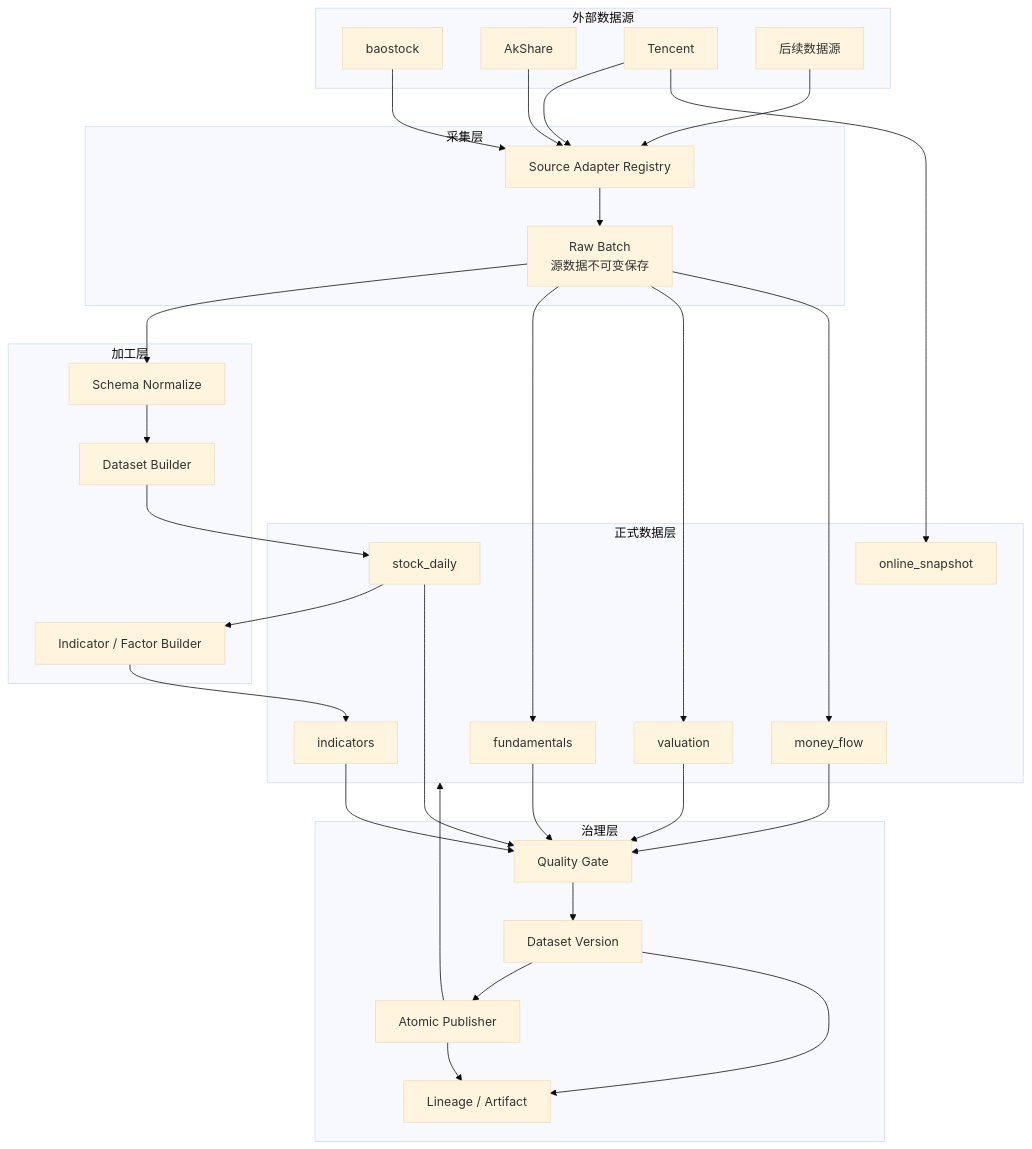
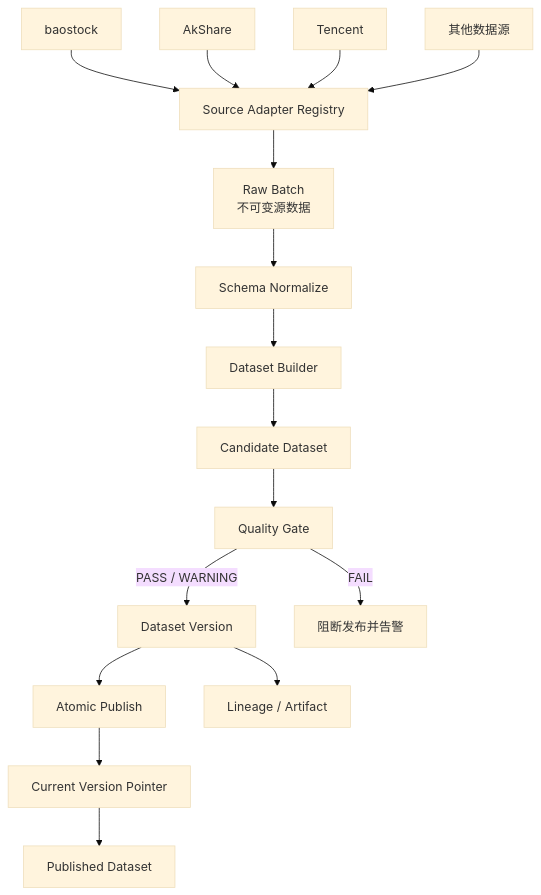
One commit to fewhg3yhjt/stock-data-analyse changed the fourth of 10 diagrams in docs/TARGET_ARCHITECTURE.md. Above: the diagram before and after it, drawn with Mermaid (base theme). The commit also changed other lines of this file and 1 other file, not shown here.

Commit message:
docs: reset target architecture for new project

````diff
--- a/docs/TARGET_ARCHITECTURE.md
+++ b/docs/TARGET_ARCHITECTURE.md
@@ -219,51 +295,18 @@
 ```mermaid
 flowchart TB
-    subgraph Sources[外部数据源]
-        BS[baostock]
-        AK[AkShare]
-        TX[Tencent]
-        OTHER[后续数据源]
-    end
-    subgraph Capture[采集层]
-        ADAPTER[Source Adapter Registry]
-        RAW[Raw Batch\n源数据不可变保存]
-    end
-    subgraph Transform[加工层]
-        NORMALIZE[Schema Normalize]
-        BUILD[Dataset Builder]
-        FACTOR[Indicator / Factor Builder]
-    end
-    subgraph Governance[治理层]
-        QUALITY[Quality Gate]
-        VERSION[Dataset Version]
-        PUBLISH[Atomic Publisher]
-        LINEAGE[Lineage / Artifact]
-    end
-    subgraph Published[正式数据层]
-        DAILY[stock_daily]
-        FUND[fundamentals]
-        VAL[valuation]
-        IND[indicators]
-        FLOW[money_flow]
-        ONLINE[online_snapshot]
-    end
-    BS --> ADAPTER
-    AK --> ADAPTER
-    TX --> ADAPTER
-    OTHER --> ADAPTER
-    ADAPTER --> RAW --> NORMALIZE --> BUILD
-    BUILD --> DAILY
-    DAILY --> FACTOR --> IND
-    RAW --> FUND
-    RAW --> VAL
-    RAW --> FLOW
-    TX --> ONLINE
-    DAILY --> QUALITY
-    FUND --> QUALITY
-    VAL --> QUALITY
-    IND --> QUALITY
-    FLOW --> QUALITY
-    QUALITY --> VERSION --> PUBLISH --> Published
-    VERSION --> LINEAGE
-    PUBLISH --> LINEAGE
+    BS[baostock] --> ADAPTER[Source Adapter Registry]
+    AK[AkShare] --> ADAPTER
+    TX[Tencent] --> ADAPTER
+    FUTURE[其他数据源] --> ADAPTER
+    ADAPTER --> RAW[Raw Batch\n不可变源数据]
+    RAW --> NORMALIZE[Schema Normalize]
+    NORMALIZE --> BUILD[Dataset Builder]
+    BUILD --> CANDIDATE[Candidate Dataset]
+    CANDIDATE --> QUALITY[Quality Gate]
+    QUALITY -->|PASS / WARNING| VERSION[Dataset Version]
+    QUALITY -->|FAIL| BLOCK[阻断发布并告警]
+    VERSION --> PUBLISH[Atomic Publish]
+    PUBLISH --> CURRENT[Current Version Pointer]
+    CURRENT --> PUB[Published Dataset]
+    VERSION --> LINEAGE[Lineage / Artifact]
 ```
````
